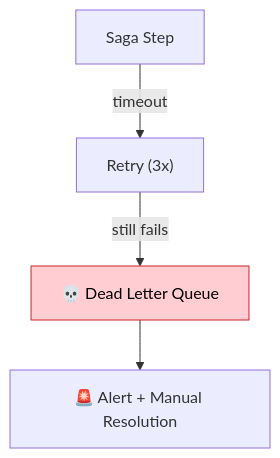
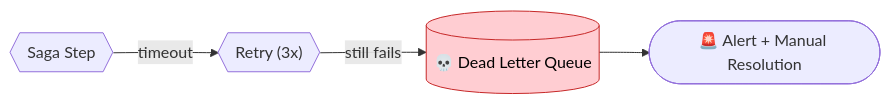
The seventh of 7 diagrams in docs/microservices/distributed-transactions.md (saivamsikaruturi/vamsilabs-dev-notes-main), drawn with Mermaid before and after one commit. The commit also changed other lines of this file and 146 other files, not shown here.

Commit message:
Horizontal diagrams, UML class diagrams, typography overhaul, and permalink cleanup

````diff
--- a/docs/microservices/distributed-transactions.md
+++ b/docs/microservices/distributed-transactions.md
@@ -263,8 +263,8 @@
 ```mermaid
-flowchart TD
-    S["Saga Step"] -->|"timeout"| R["Retry (3x)"]
-    R -->|"still fails"| DLQ["💀 Dead Letter Queue"]
-    DLQ --> Alert["🚨 Alert + Manual Resolution"]
+flowchart LR
+    S{{"Saga Step"}} -->|"timeout"| R{{"Retry (3x)"}}
+    R -->|"still fails"| DLQ[("💀 Dead Letter Queue")]
+    DLQ --> Alert(["🚨 Alert + Manual Resolution"])
 
     style DLQ fill:#FFCDD2,stroke:#C62828,color:#000
 ```
````
